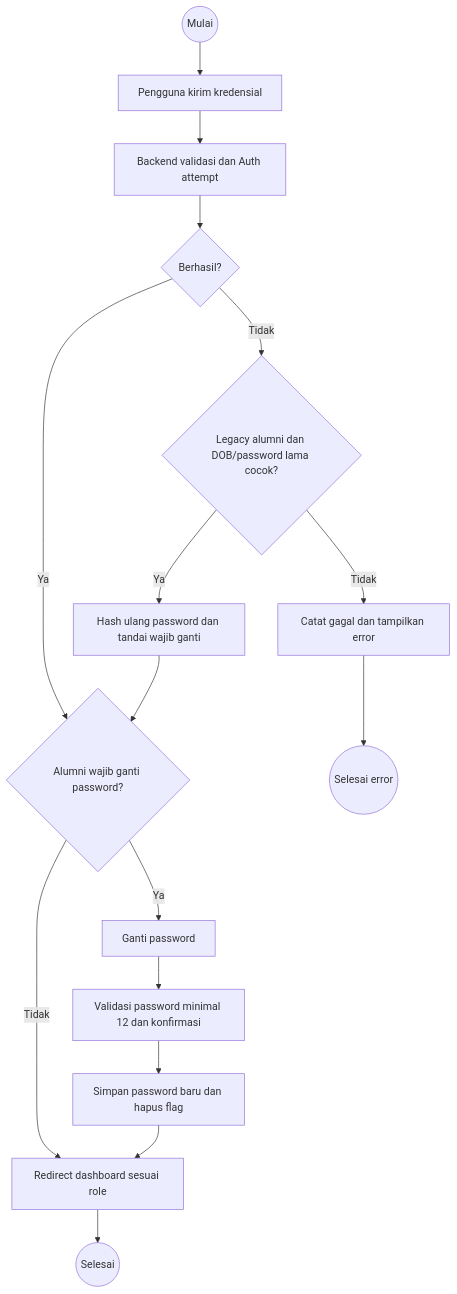
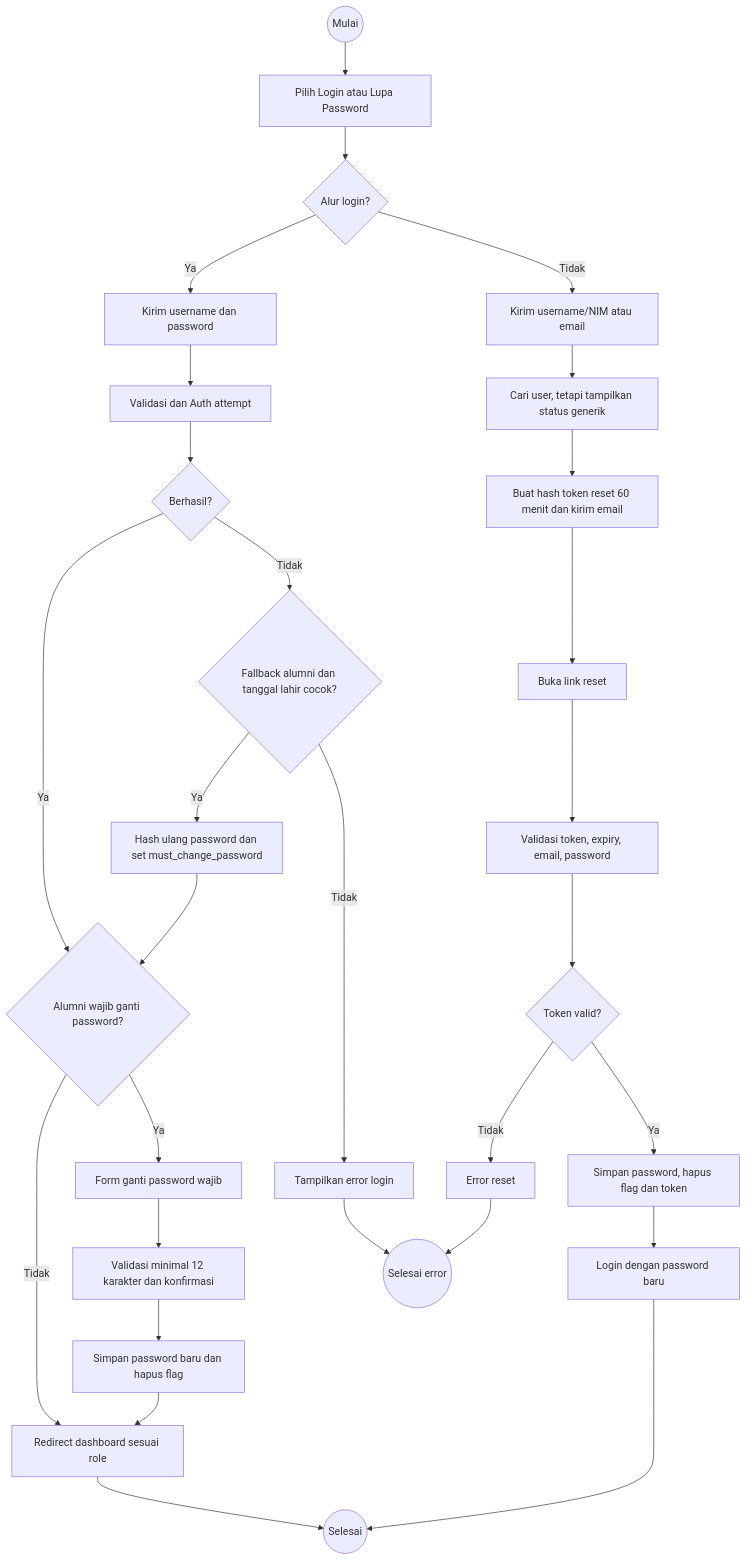
Before and after one commit to claraanjelitakd/tugas-akhir: the first of 7 diagrams in docs/activitydiagram.md, drawn with Mermaid. The commit also changed other lines of this file and 83 other files, not shown here.

```diff
--- a/docs/activitydiagram.md
+++ b/docs/activitydiagram.md
@@ -125,18 +136,31 @@
 ~~~mermaid
 flowchart TD
-  A((Mulai)) --> U[Pengguna kirim kredensial]
-  U --> B[Backend validasi dan Auth attempt]
+  A((Mulai)) --> L[Pilih Login atau Lupa Password]
+  L --> Q{Alur login?}
+  Q -- Ya --> U[Kirim username dan password]
+  U --> B[Validasi dan Auth attempt]
   B --> D{Berhasil?}
   D -- Ya --> R{Alumni wajib ganti password?}
-  D -- Tidak --> F{Legacy alumni dan DOB/password lama cocok?}
-  F -- Ya --> M[Hash ulang password dan tandai wajib ganti]
-  F -- Tidak --> E[Catat gagal dan tampilkan error]
+  D -- Tidak --> F{Fallback alumni dan tanggal lahir cocok?}
+  F -- Ya --> M[Hash ulang password dan set must_change_password]
+  F -- Tidak --> E[Tampilkan error login]
   M --> R
-  R -- Ya --> C[Ganti password]
+  R -- Ya --> C[Form ganti password wajib]
   R -- Tidak --> S[Redirect dashboard sesuai role]
-  C --> V[Validasi password minimal 12 dan konfirmasi]
+  C --> V[Validasi minimal 12 karakter dan konfirmasi]
   V --> P[Simpan password baru dan hapus flag]
   P --> S
+  Q -- Tidak --> FP[Kirim username/NIM atau email]
+  FP --> FE[Cari user, tetapi tampilkan status generik]
+  FE --> FT[Buat hash token reset 60 menit dan kirim email]
+  FT --> RF[Buka link reset]
+  RF --> RV[Validasi token, expiry, email, password]
+  RV --> RD{Token valid?}
+  RD -- Ya --> RP[Simpan password, hapus flag dan token]
+  RD -- Tidak --> RE[Error reset]
+  RP --> LG[Login dengan password baru]
   E --> Z((Selesai error))
+  RE --> Z
   S --> Z2((Selesai))
+  LG --> Z2
 ~~~
```
